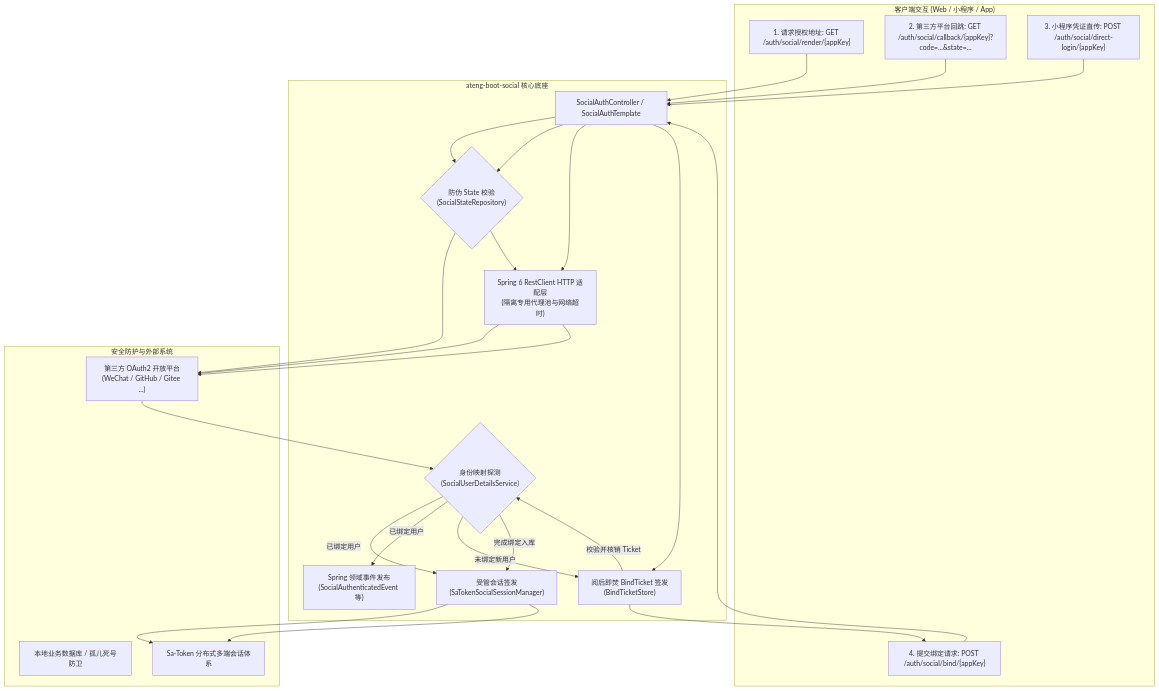
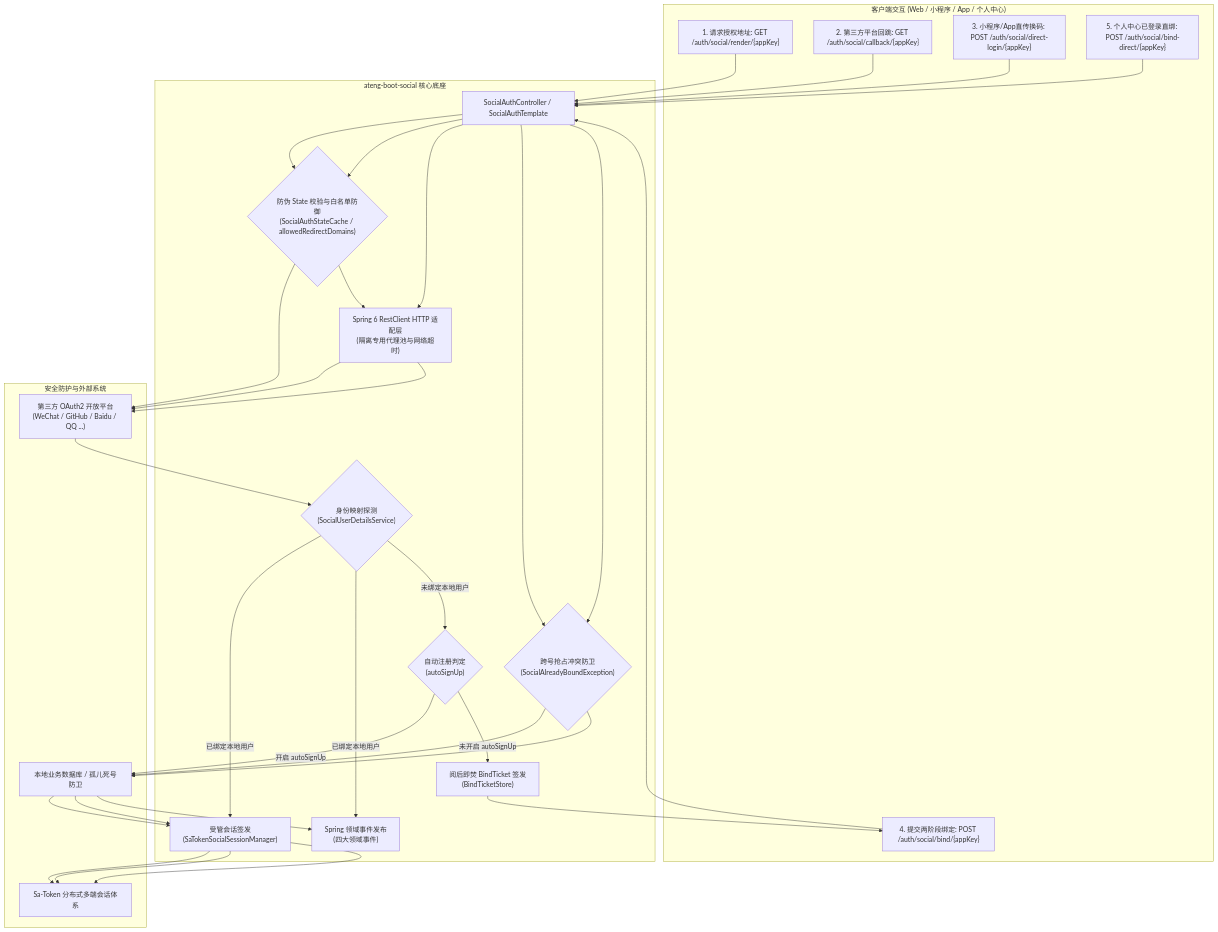
Before and after one commit to atengk/ateng-boot: the diagram in ateng-boot-social/README.md, drawn with Mermaid. The commit also changed other lines of this file and 15 other files, not shown here.

````diff
--- a/ateng-boot-social/README.md
+++ b/ateng-boot-social/README.md
@@ -48,35 +54,40 @@
 ```mermaid
 flowchart TD
-    subgraph Client["客户端交互 (Web / 小程序 / App)"]
+    subgraph Client["客户端交互 (Web / 小程序 / App / 个人中心)"]
         A1["1. 请求授权地址: GET /auth/social/render/{appKey}"]
-        A2["2. 第三方平台回跳: GET /auth/social/callback/{appKey}?code=...&state=..."]
-        A3["3. 小程序凭证直传: POST /auth/social/direct-login/{appKey}"]
-        A4["4. 提交绑定请求: POST /auth/social/bind/{appKey}"]
+        A2["2. 第三方平台回跳: GET /auth/social/callback/{appKey}"]
+        A3["3. 小程序/App直传换码: POST /auth/social/direct-login/{appKey}"]
+        A4["4. 提交两阶段绑定: POST /auth/social/bind/{appKey}"]
+        A5["5. 个人中心已登录直绑: POST /auth/social/bind-direct/{appKey}"]
     end
 
     subgraph Starter["ateng-boot-social 核心底座"]
         B1["SocialAuthController / SocialAuthTemplate"]
-        B2{"防伪 State 校验<br/>(SocialStateRepository)"}
+        B2{"防伪 State 校验与白名单防御<br/>(SocialAuthStateCache / allowedRedirectDomains)"}
         B3["Spring 6 RestClient HTTP 适配层<br/>(隔离专用代理池与网络超时)"]
         B4{"身份映射探测<br/>(SocialUserDetailsService)"}
-        B5["阅后即焚 BindTicket 签发<br/>(BindTicketStore)"]
-        B6["受管会话签发<br/>(SaTokenSocialSessionManager)"]
-        B7["Spring 领域事件发布<br/>(SocialAuthenticatedEvent 等)"]
+        B5{"自动注册判定<br/>(autoSignUp)"}
+        B6["阅后即焚 BindTicket 签发<br/>(BindTicketStore)"]
+        B7{"跨号抢占冲突防卫<br/>(SocialAlreadyBoundException)"}
+        B8["受管会话签发<br/>(SaTokenSocialSessionManager)"]
+        B9["Spring 领域事件发布<br/>(四大领域事件)"]
     end
 
     subgraph Security["安全防护与外部系统"]
-        C1["第三方 OAuth2 开放平台<br/>(WeChat / GitHub / Gitee ...)"]
+        C1["第三方 OAuth2 开放平台<br/>(WeChat / GitHub / Baidu / QQ ...)"]
         C2["本地业务数据库 / 孤儿死号防卫"]
         C3["Sa-Token 分布式多端会话体系"]
     end
 
     A1 --> B1 --> B2 --> C1
     A2 --> B1 --> B2 --> B3 --> C1
     A3 --> B1 --> B3 --> C1
     C1 --> B4
-    B4 -- "已绑定用户" --> B6 --> C3
-    B4 -- "已绑定用户" --> B7
-    B4 -- "未绑定新用户" --> B5 --> A4
-    A4 --> B1 --> B5 -- "校验并核销 Ticket" --> B4
-    B4 -- "完成绑定入库" --> B6 --> C3
+    B4 -- "已绑定本地用户" --> B8 --> C3
+    B4 -- "已绑定本地用户" --> B9
+    B4 -- "未绑定本地用户" --> B5
+    B5 -- "开启 autoSignUp" --> C2 --> B8 --> C3
+    B5 -- "未开启 autoSignUp" --> B6 --> A4
+    A4 --> B1 --> B7 --> C2 --> B8 --> C3
+    A5 --> B1 --> B7 --> C2 --> B9
 ```
````
